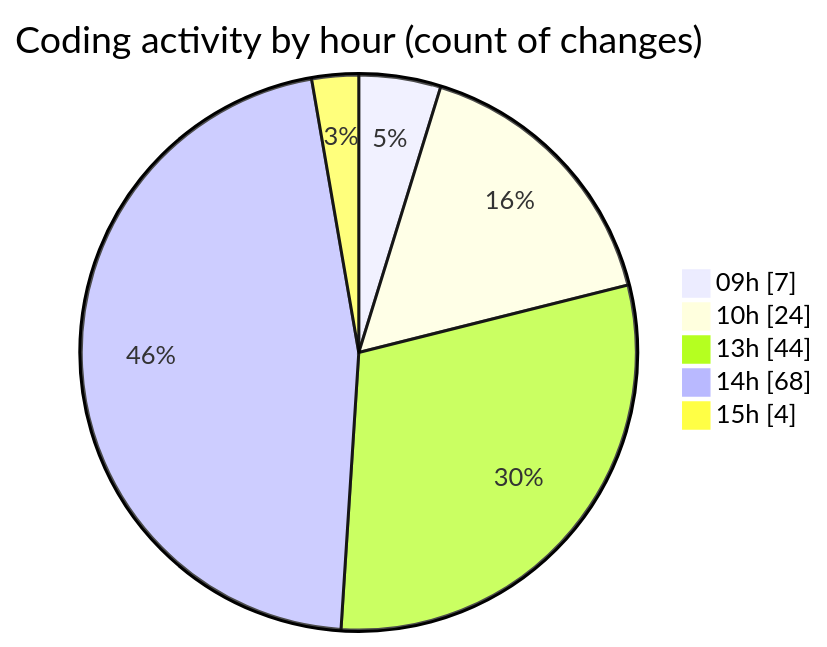
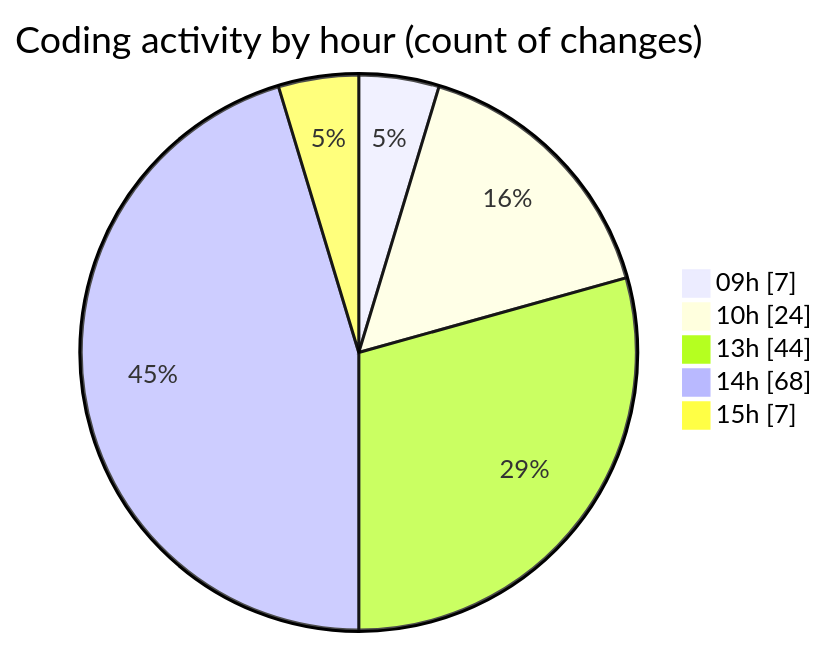
Before and after one commit to momahboobian/code-tracking: the second of 2 diagrams in 2025-04-10/cda/README.md, drawn with Mermaid. The commit also changed other lines of this file and 1 other file, not shown here.

````diff
--- a/2025-04-10/cda/README.md
+++ b/2025-04-10/cda/README.md
@@ -35,9 +35,9 @@
 ```mermaid
 pie showData
 title Coding activity by hour (count of changes)
 "09h" : 7
 "10h" : 24
 "13h" : 44
 "14h" : 68
-"15h" : 4
+"15h" : 7
 ```
````
